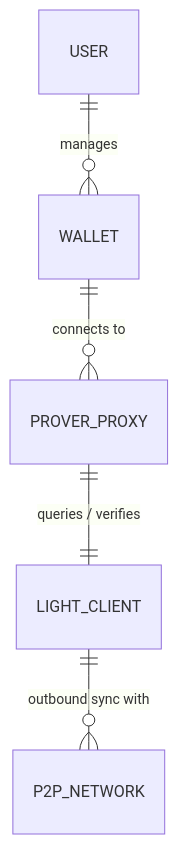
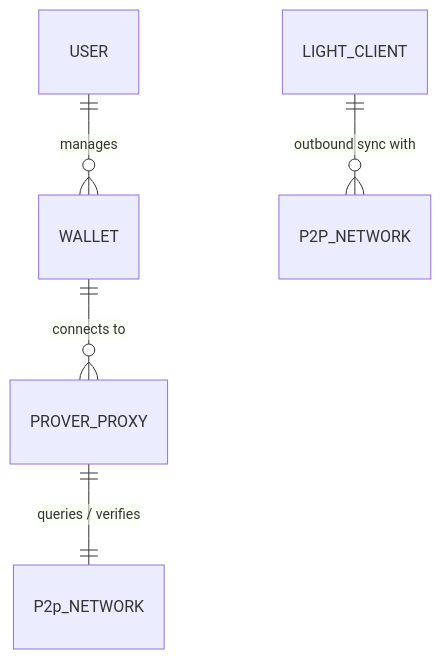
The first of 4 diagrams in HighLevelDesign.md (vfr750y/Cost-Optimized-Ethereum-Node-On-Azure), drawn with Mermaid before and after one commit. The commit also changed other lines of this file and 1 other file, not shown here.

````diff
--- a/HighLevelDesign.md
+++ b/HighLevelDesign.md
@@ -8,7 +8,7 @@
 ```mermaid
 erDiagram
     USER ||--o{ WALLET : "manages"
     WALLET ||--o{ PROVER_PROXY : "connects to"
-    PROVER_PROXY ||--|| LIGHT_CLIENT : "queries / verifies"
+    PROVER_PROXY ||--|| P2p_NETWORK : "queries / verifies"
     LIGHT_CLIENT ||--o{ P2P_NETWORK : "outbound sync with"
 ```
````
